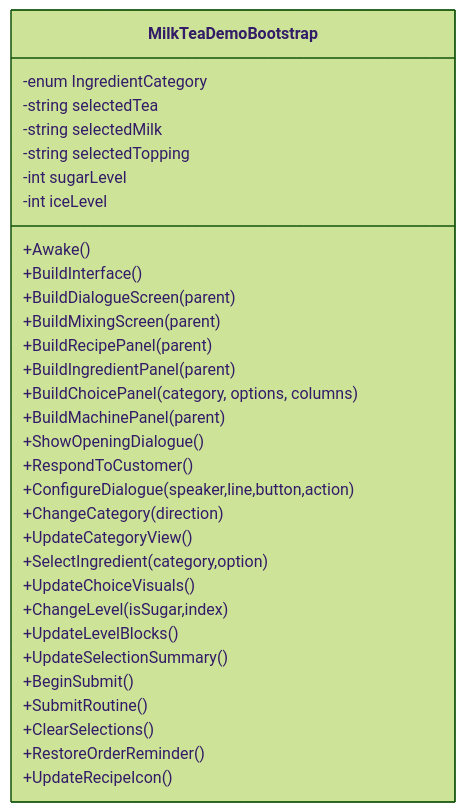
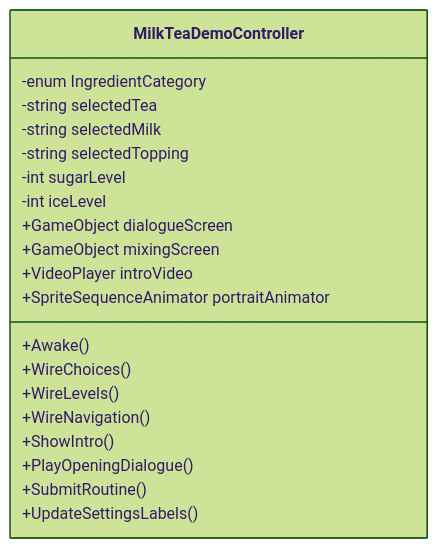
Before and after one commit to Thanatos42/-demo: the fourth of 6 diagrams in .qoder/repowiki/zh/content/扩展开发指南.md, drawn with Mermaid (forest theme). The commit also changed other lines of this file and 56 other files, not shown here.

````diff
--- a/.qoder/repowiki/zh/content/扩展开发指南.md
+++ b/.qoder/repowiki/zh/content/扩展开发指南.md
@@ -121,34 +142,23 @@
 ```mermaid
 classDiagram
-class MilkTeaDemoBootstrap {
+class MilkTeaDemoController {
 -enum IngredientCategory
 -string selectedTea
 -string selectedMilk
 -string selectedTopping
 -int sugarLevel
 -int iceLevel
++GameObject dialogueScreen
++GameObject mixingScreen
++VideoPlayer introVideo
++SpriteSequenceAnimator portraitAnimator
 +Awake()
-+BuildInterface()
-+BuildDialogueScreen(parent)
-+BuildMixingScreen(parent)
-+BuildRecipePanel(parent)
-+BuildIngredientPanel(parent)
-+BuildChoicePanel(category, options, columns)
-+BuildMachinePanel(parent)
-+ShowOpeningDialogue()
-+RespondToCustomer()
-+ConfigureDialogue(speaker,line,button,action)
-+ChangeCategory(direction)
-+UpdateCategoryView()
-+SelectIngredient(category,option)
-+UpdateChoiceVisuals()
-+ChangeLevel(isSugar,index)
-+UpdateLevelBlocks()
-+UpdateSelectionSummary()
-+BeginSubmit()
++WireChoices()
++WireLevels()
++WireNavigation()
++ShowIntro()
++PlayOpeningDialogue()
 +SubmitRoutine()
-+ClearSelections()
-+RestoreOrderReminder()
-+UpdateRecipeIcon()
++UpdateSettingsLabels()
 }
 ```
````
